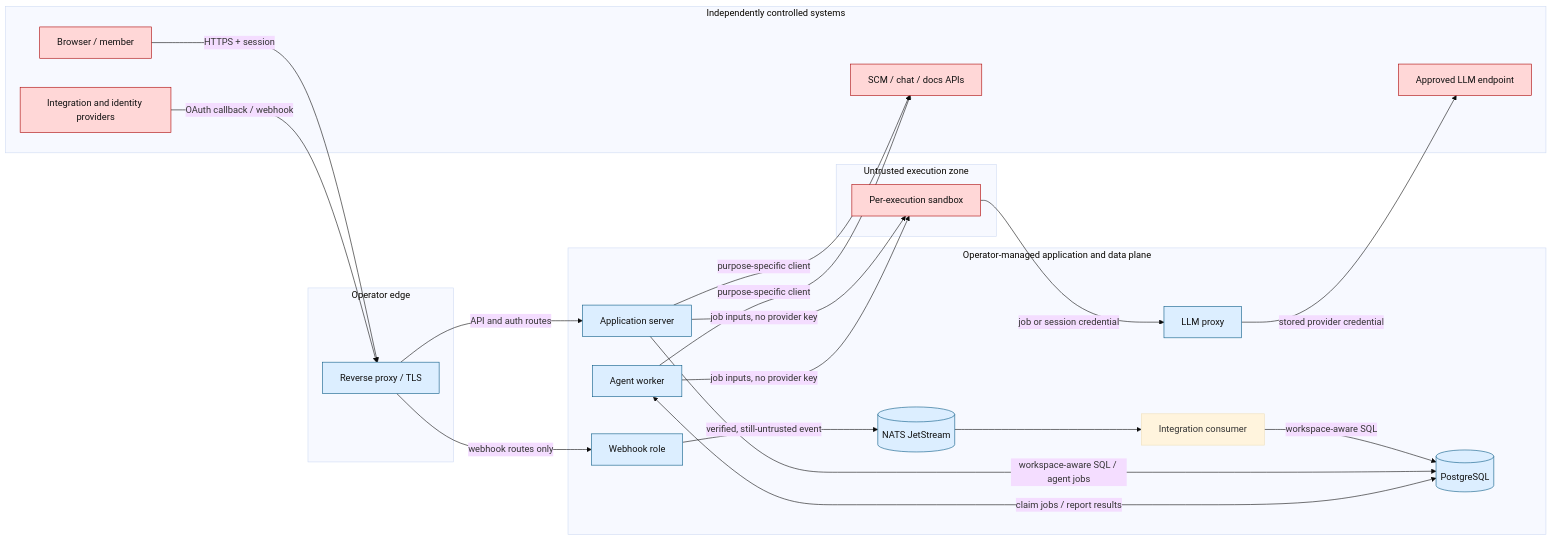
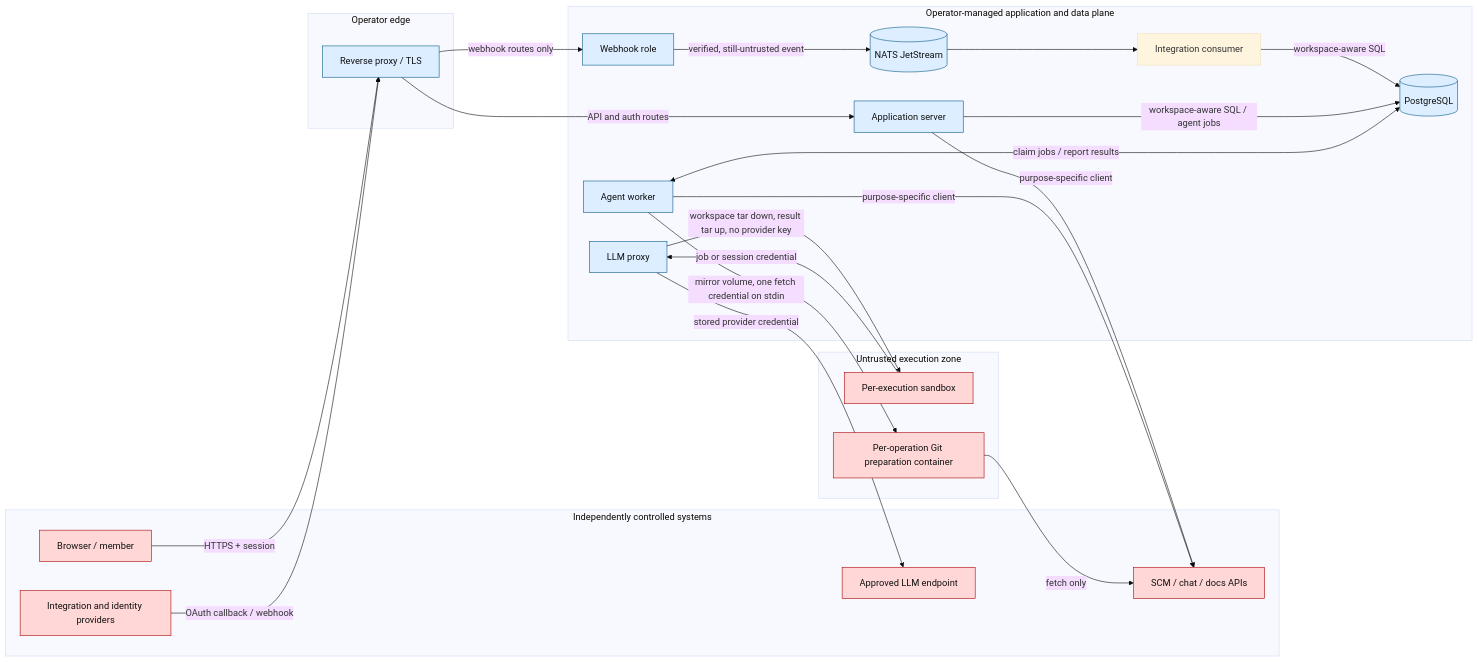
One commit to hephaestus-build/Hephaestus changed the diagram in docs/admin/threat-model.mdx. Above: the diagram before and after it, drawn with Mermaid (base theme). The commit also changed other lines of this file and 71 other files, not shown here.

````diff
--- a/docs/admin/threat-model.mdx
+++ b/docs/admin/threat-model.mdx
@@ -29,51 +29,53 @@
 ```mermaid
 flowchart LR
 accTitle: Hephaestus security data flow
-accDescr: The diagram separates independently controlled systems, the operator edge, the Hephaestus application and data plane, and untrusted sandbox execution. Users and providers cross the edge into application and webhook roles. Verified events enter JetStream, services access PostgreSQL, and sandboxes call the application-hosted LLM proxy.
+accDescr: The diagram separates independently controlled systems, the operator edge, the Hephaestus application and data plane, and untrusted execution. Users and providers cross the edge into application and webhook roles. Verified events enter JetStream, services access PostgreSQL, sandboxes exchange inputs, results and model requests with the worker's sandbox gateway, and Git preparation containers fetch from the SCM provider.
 
   subgraph INTERNET[Independently controlled systems]
     U[Browser / member]
     V[Integration and identity providers]
     X[SCM / chat / docs APIs]
     M[Approved LLM endpoint]
   end
 
   subgraph EDGE[Operator edge]
     P[Reverse proxy / TLS]
   end
 
   subgraph PLANE[Operator-managed application and data plane]
     A[Application server]
     W[Webhook role]
     I[Integration consumer]
     C[Agent worker]
     L[LLM proxy]
     N[(NATS JetStream)]
     DB[(PostgreSQL)]
   end
 
   subgraph EXECUTION[Untrusted execution zone]
     S[Per-execution sandbox]
+    G[Per-operation Git preparation container]
   end
 
   U -->|HTTPS + session| P
   V -->|OAuth callback / webhook| P
   P -->|API and auth routes| A
   P -->|webhook routes only| W
   W -->|verified, still-untrusted event| N
   N --> I
   I -->|workspace-aware SQL| DB
   A -->|workspace-aware SQL / agent jobs| DB
   C <-->|claim jobs / report results| DB
-  A -->|job inputs, no provider key| S
-  C -->|job inputs, no provider key| S
   S -->|job or session credential| L
+  L -->|workspace tar down, result tar up, no provider key| S
   L -->|stored provider credential| M
+  C -->|mirror volume, one fetch credential on stdin| G
+  G -->|fetch only| X
   A -->|purpose-specific client| X
   C -->|purpose-specific client| X
 
   classDef external fill:#ffd7d7,stroke:#a00,color:#111
   classDef managed fill:#dceeff,stroke:#075985,color:#111
-  class U,V,X,M,S external
+  class U,V,X,M,S,G external
   class P,A,W,C,L,N,DB managed
 ```
````
